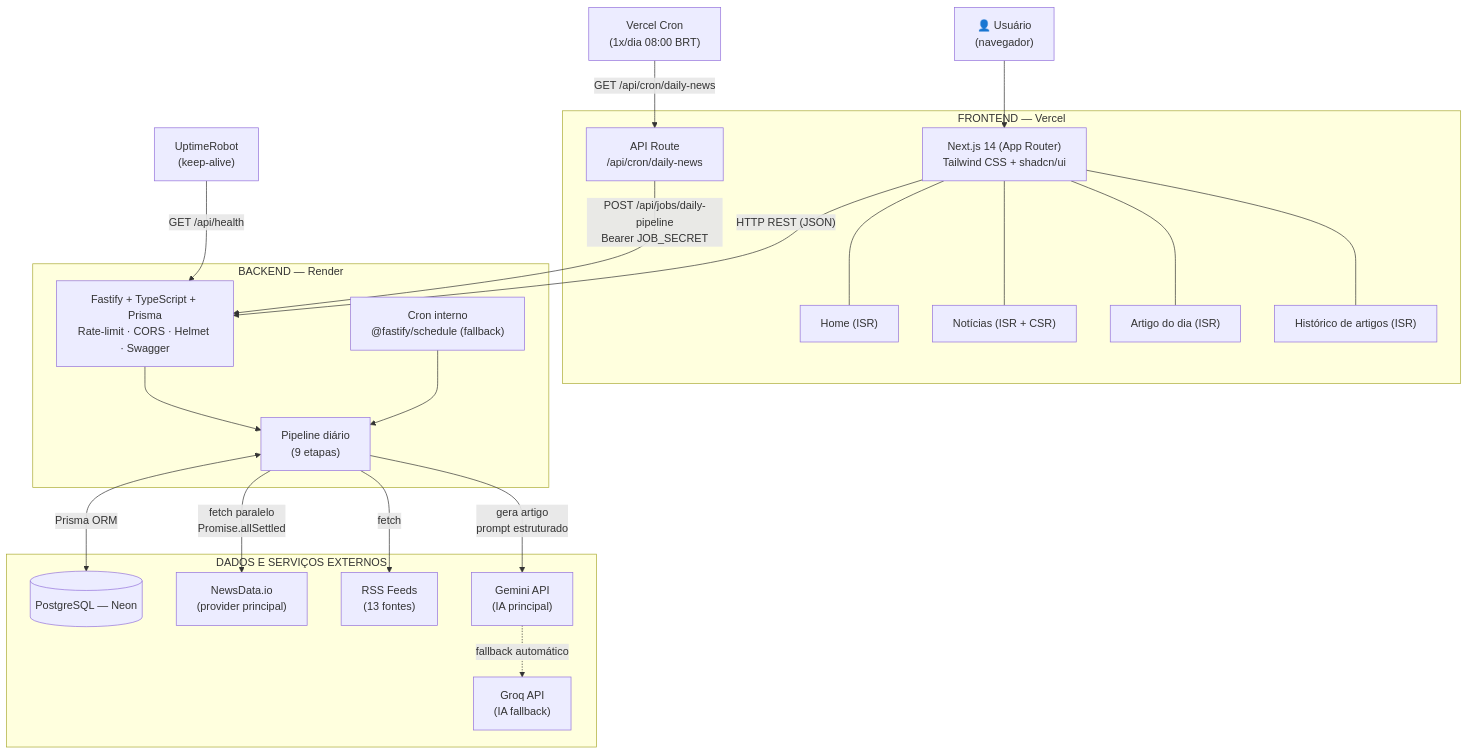
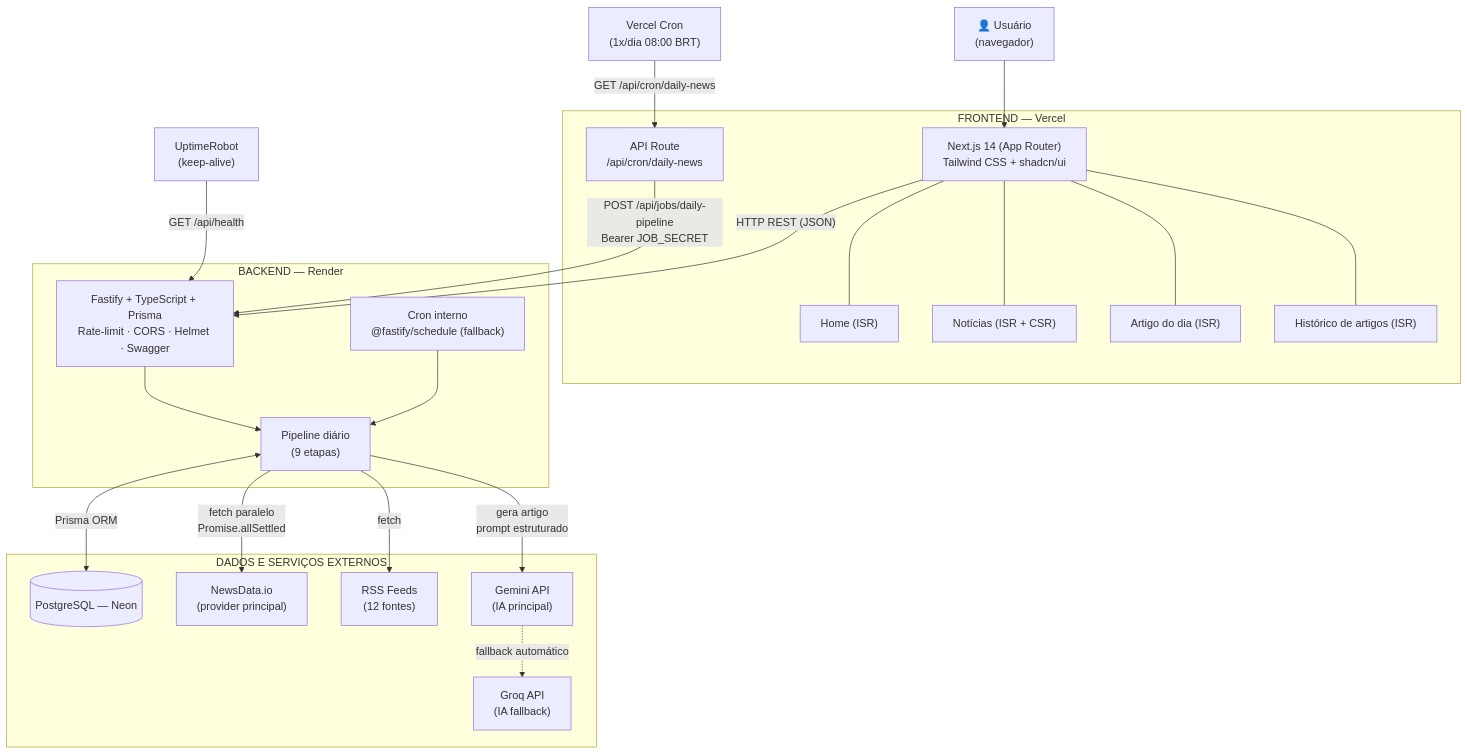
One commit to tavinholoco/newra-news changed the diagram in docs/diagrams/system-architecture.mermaid. Above: the diagram before and after it, drawn with Mermaid. The commit also changed 11 other files, not shown here.

```diff
--- a/docs/diagrams/system-architecture.mermaid
+++ b/docs/diagrams/system-architecture.mermaid
@@ -1,44 +1,44 @@
 %% Diagrama de Arquitetura do Sistema — Newra News (PRD §3.1)
 flowchart TB
     U["👤 Usuário<br/>(navegador)"] --> W
 
     subgraph Frontend["FRONTEND — Vercel"]
         W["Next.js 14 (App Router)<br/>Tailwind CSS + shadcn/ui"]
         H["Home (ISR)"]
         N["Notícias (ISR + CSR)"]
         A["Artigo do dia (ISR)"]
         S["Histórico de artigos (ISR)"]
         CR["API Route<br/>/api/cron/daily-news"]
         W --- H
         W --- N
         W --- A
         W --- S
     end
 
     subgraph Backend["BACKEND — Render"]
         API["Fastify + TypeScript + Prisma<br/>Rate-limit · CORS · Helmet · Swagger"]
         PL["Pipeline diário<br/>(9 etapas)"]
         JOBS["Cron interno<br/>@fastify/schedule (fallback)"]
         API --> PL
         JOBS --> PL
     end
 
     subgraph Data["DADOS E SERVIÇOS EXTERNOS"]
         DB[("PostgreSQL — Neon")]
         ND["NewsData.io<br/>(provider principal)"]
-        RSS["RSS Feeds<br/>(13 fontes)"]
+        RSS["RSS Feeds<br/>(12 fontes)"]
         GEM["Gemini API<br/>(IA principal)"]
         GROQ["Groq API<br/>(IA fallback)"]
     end
 
     UP["UptimeRobot<br/>(keep-alive)"] -->|"GET /api/health"| API
 
     V["Vercel Cron<br/>(1x/dia 08:00 BRT)"] -->|"GET /api/cron/daily-news"| CR
     CR -->|"POST /api/jobs/daily-pipeline<br/>Bearer JOB_SECRET"| API
 
     W -->|"HTTP REST (JSON)"| API
     PL -->|"fetch paralelo<br/>Promise.allSettled"| ND
     PL -->|"fetch"| RSS
     PL -->|"gera artigo<br/>prompt estruturado"| GEM
     GEM -.->|"fallback automático"| GROQ
     PL <-->|"Prisma ORM"| DB
```
